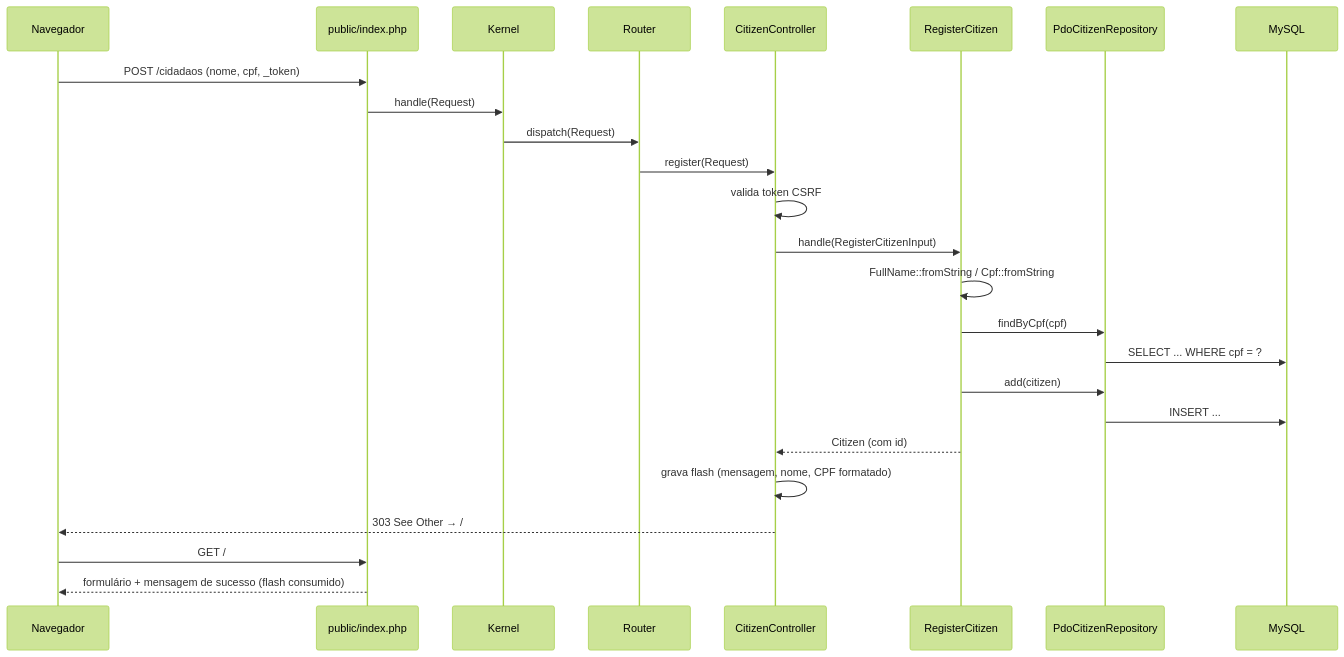
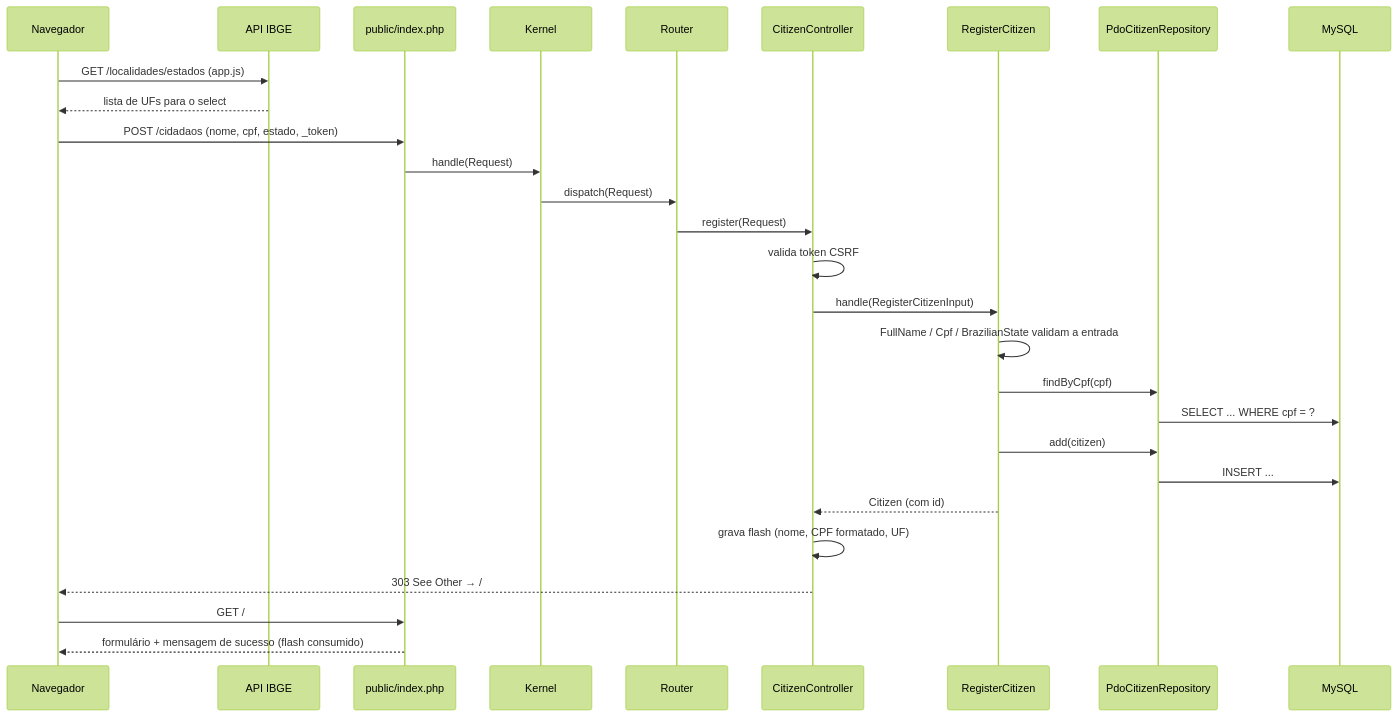
Before and after one commit to nmycry/desafio-estagio: the second of 2 diagrams in docs/ARQUITETURA.md, drawn with Mermaid (forest theme). The commit also changed other lines of this file and 28 other files, not shown here.

First line of the commit message:
feat: add state field with ibge api and apply new design

````diff
--- a/docs/ARQUITETURA.md
+++ b/docs/ARQUITETURA.md
@@ -88,28 +89,31 @@
 ```mermaid
 sequenceDiagram
     participant B as Navegador
+    participant IBGE as API IBGE
     participant FC as public/index.php
     participant K as Kernel
     participant R as Router
     participant C as CitizenController
     participant UC as RegisterCitizen
     participant Repo as PdoCitizenRepository
     participant DB as MySQL
 
-    B->>FC: POST /cidadaos (nome, cpf, _token)
+    B->>IBGE: GET /localidades/estados (app.js)
+    IBGE-->>B: lista de UFs para o select
+    B->>FC: POST /cidadaos (nome, cpf, estado, _token)
     FC->>K: handle(Request)
     K->>R: dispatch(Request)
     R->>C: register(Request)
     C->>C: valida token CSRF
     C->>UC: handle(RegisterCitizenInput)
-    UC->>UC: FullName::fromString / Cpf::fromString
+    UC->>UC: FullName / Cpf / BrazilianState validam a entrada
     UC->>Repo: findByCpf(cpf)
     Repo->>DB: SELECT ... WHERE cpf = ?
     UC->>Repo: add(citizen)
     Repo->>DB: INSERT ...
     UC-->>C: Citizen (com id)
-    C->>C: grava flash (mensagem, nome, CPF formatado)
+    C->>C: grava flash (nome, CPF formatado, UF)
     C-->>B: 303 See Other → /
     B->>FC: GET /
     FC-->>B: formulário + mensagem de sucesso (flash consumido)
 ```
````
